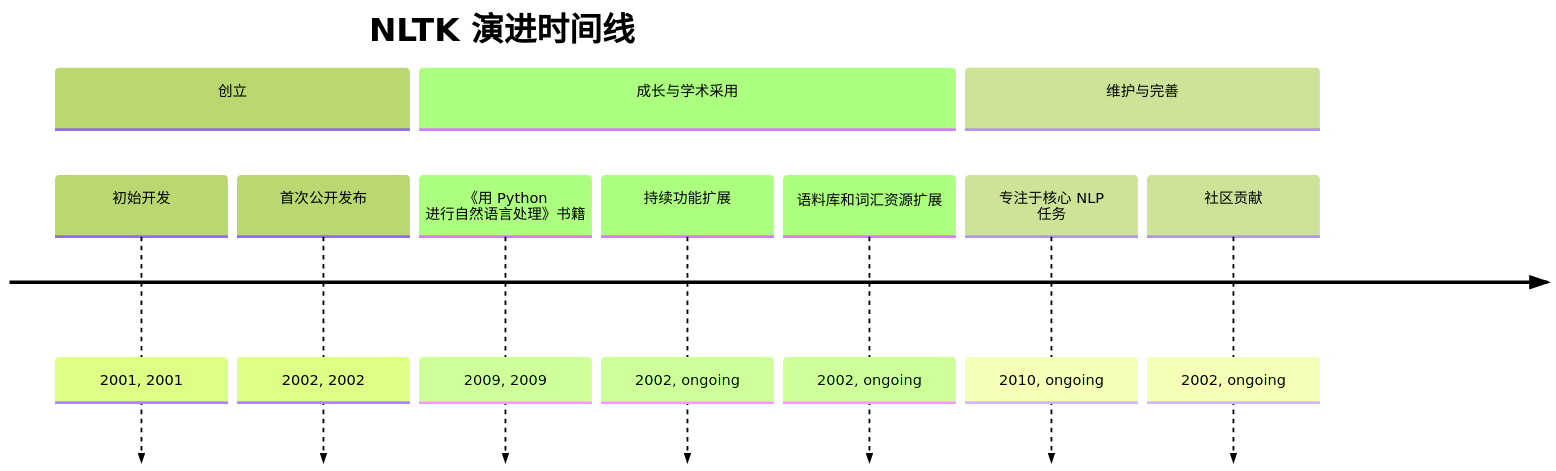
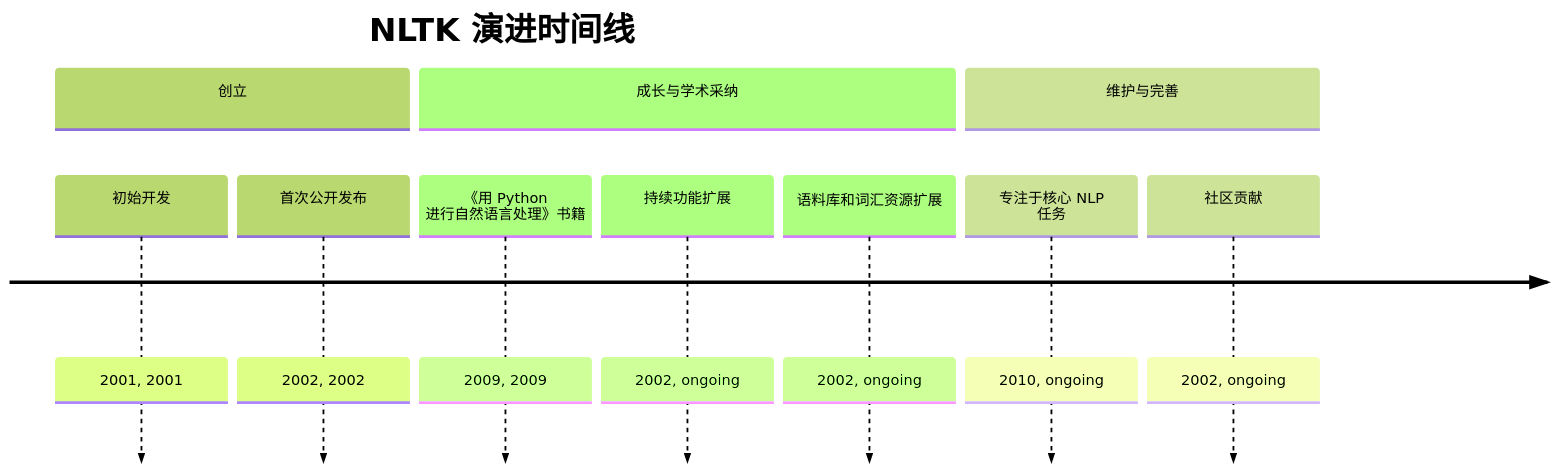
The first of 3 diagrams in docs/nlp/zh/nltk_evolution_document.zh.md (tt33415366/python_data_process_lib_intro), drawn with Mermaid (forest theme) before and after one commit. The commit also changed other lines of this file and 21 other files, not shown here.

First line of the commit message:
feat(docs): add 'Typical use cases' sections and fix Mermaid mindmaps

````diff
--- a/docs/nlp/zh/nltk_evolution_document.zh.md
+++ b/docs/nlp/zh/nltk_evolution_document.zh.md
@@ -13,18 +13,18 @@
 ```mermaid
 timeline
     dateFormat  YYYY
     title NLTK 演进时间线
 
     section 创立
     初始开发 : 2001, 2001
     首次公开发布 : 2002, 2002
 
-    section 成长与学术采用
+    section 成长与学术采纳
     《用 Python 进行自然语言处理》书籍 : 2009, 2009
     持续功能扩展 : 2002, ongoing
     语料库和词汇资源扩展 : 2002, ongoing
 
     section 维护与完善
     专注于核心 NLP 任务 : 2010, ongoing
     社区贡献 : 2002, ongoing
 ```
````
